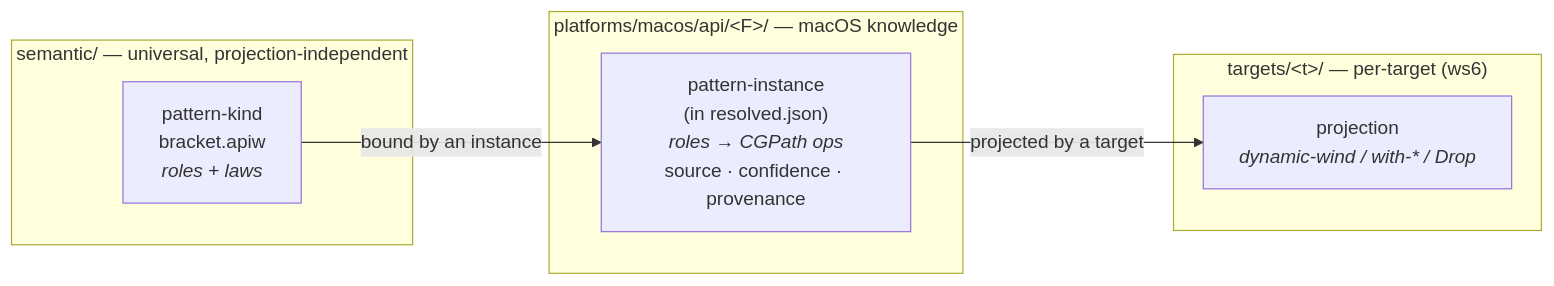
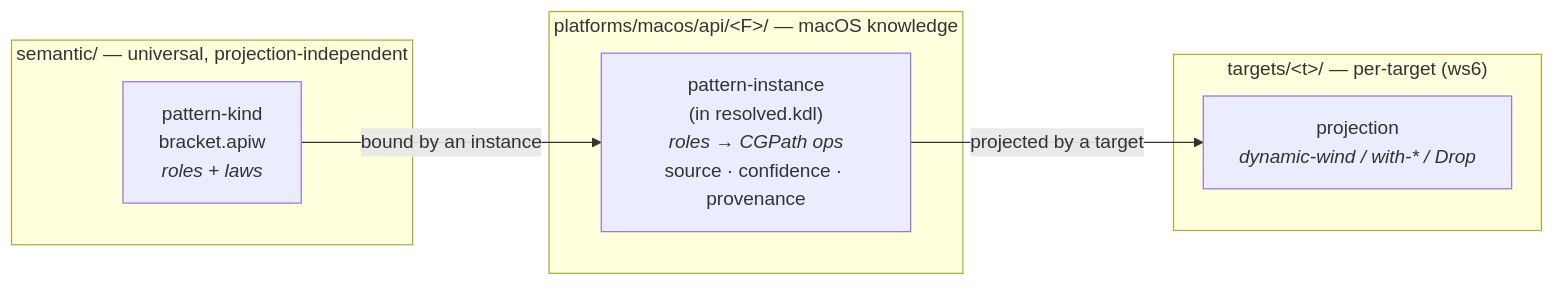
The diagram in semantic/docs/overview.md (Linkuistics/APIAnyware), drawn with Mermaid before and after one commit. The commit also changed other lines of this file and 59 other files, not shown here.

````diff
--- a/semantic/docs/overview.md
+++ b/semantic/docs/overview.md
@@ -43,14 +43,14 @@
 ```mermaid
 flowchart LR
   subgraph sem["semantic/ — universal, projection-independent"]
     K["pattern-kind<br/>bracket.apiw<br/><i>roles + laws</i>"]
   end
   subgraph plat["platforms/macos/api/&lt;F&gt;/ — macOS knowledge"]
-    I["pattern-instance<br/>(in resolved.json)<br/><i>roles → CGPath ops</i><br/>source · confidence · provenance"]
+    I["pattern-instance<br/>(in resolved.kdl)<br/><i>roles → CGPath ops</i><br/>source · confidence · provenance"]
   end
   subgraph tgt["targets/&lt;t&gt;/ — per-target (ws6)"]
     P["projection<br/><i>dynamic-wind / with-* / Drop</i>"]
   end
   K -- "bound by an instance" --> I
   I -- "projected by a target" --> P
 ```
````
